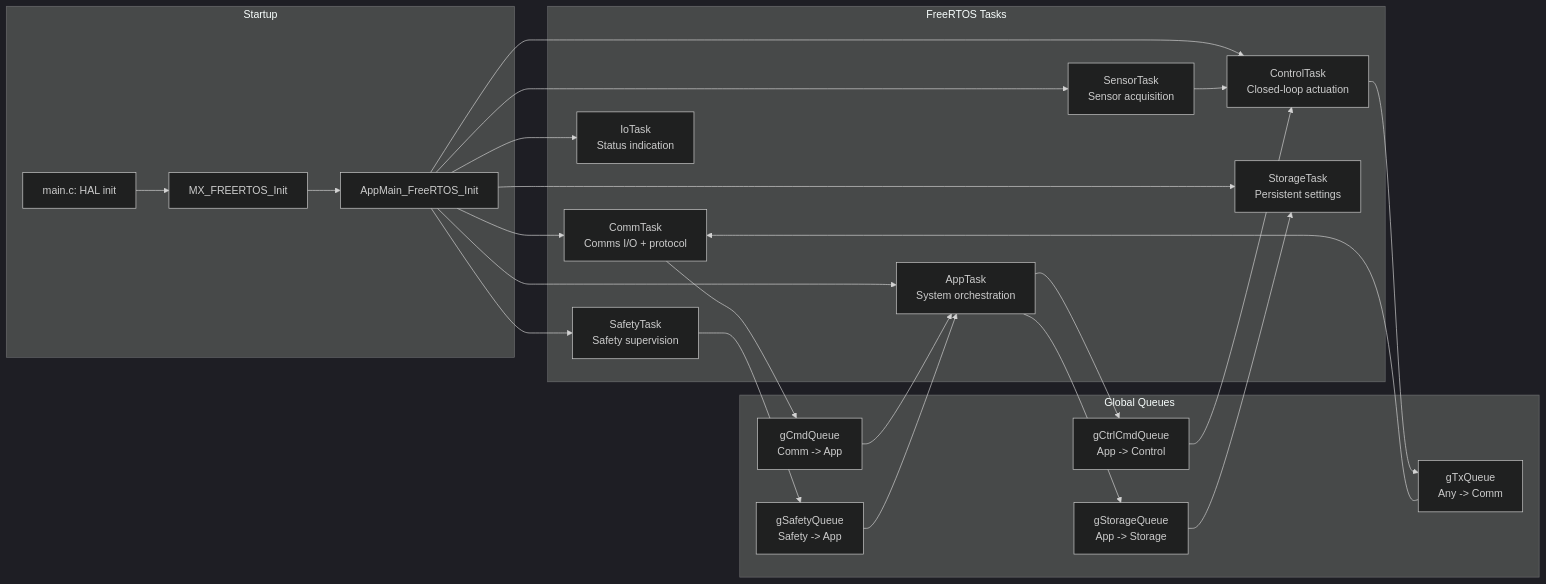
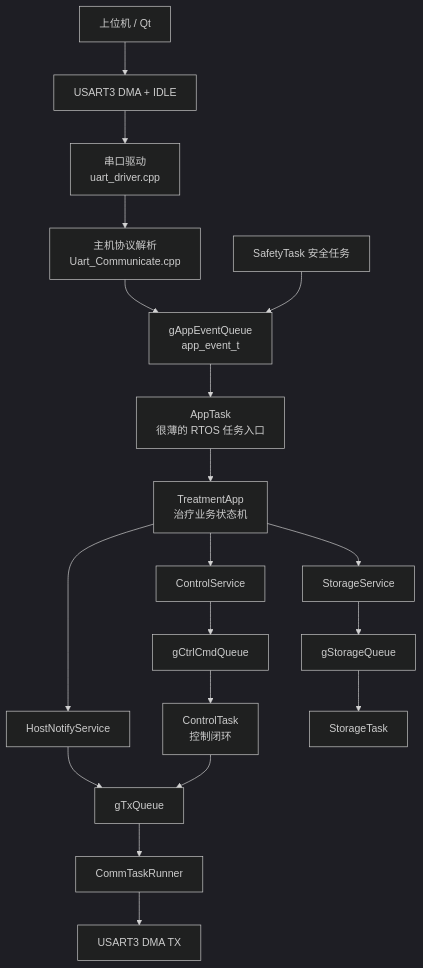
One commit to zq9278/9C-U-TPS_Slave changed the diagram in documents/program_architecture.md. Above: the diagram before and after it, drawn with Mermaid (dark theme). The commit also changed other lines of this file and 27 other files, not shown here.

First line of the commit message:
feat: Implement UART communication and protocol handling

````diff
--- a/documents/program_architecture.md
+++ b/documents/program_architecture.md
@@ -8,40 +26,26 @@
 ```mermaid
-flowchart LR
-  subgraph Init[Startup]
-    main[main.c: HAL init] --> freertos[MX_FREERTOS_Init]
-    freertos --> appinit[AppMain_FreeRTOS_Init]
-  end
+flowchart TD
+  Host[上位机 / Qt] --> UART3[USART3 DMA + IDLE]
+  UART3 --> UartDriver[串口驱动<br/>uart_driver.cpp]
+  UartDriver --> HostProtocol[主机协议解析<br/>Uart_Communicate.cpp]
+  HostProtocol --> AppEventQ[gAppEventQueue<br/>app_event_t]
+  SafetyTask[SafetyTask 安全任务] --> AppEventQ
 
-  subgraph Queues[Global Queues]
-    qCmd[gCmdQueue<br/>Comm -> App]
-    qCtrl[gCtrlCmdQueue<br/>App -> Control]
-    qTx[gTxQueue<br/>Any -> Comm]
-    qSafe[gSafetyQueue<br/>Safety -> App]
-    qStore[gStorageQueue<br/>App -> Storage]
-  end
+  AppEventQ --> AppTask[AppTask<br/>很薄的 RTOS 任务入口]
+  AppTask --> TreatmentApp[TreatmentApp<br/>治疗业务状态机]
 
-  subgraph Tasks[FreeRTOS Tasks]
-    Comm[CommTask<br/>Comms I/O + protocol]
-    App[AppTask<br/>System orchestration]
-    Ctrl[ControlTask<br/>Closed-loop actuation]
-    Sensor[SensorTask<br/>Sensor acquisition]
-    Safe[SafetyTask<br/>Safety supervision]
-    Store[StorageTask<br/>Persistent settings]
-    IO[IoTask<br/>Status indication]
-  end
+  TreatmentApp --> ControlService[ControlService]
+  TreatmentApp --> StorageService[StorageService]
+  TreatmentApp --> HostNotifyService[HostNotifyService]
 
-  appinit --> Comm
-  appinit --> App
-  appinit --> Ctrl
-  appinit --> Sensor
-  appinit --> Safe
-  appinit --> Store
-  appinit --> IO
+  ControlService --> CtrlQ[gCtrlCmdQueue]
+  CtrlQ --> ControlTask[ControlTask<br/>控制闭环]
 
-  Comm --> qCmd --> App
-  App --> qCtrl --> Ctrl
-  Ctrl --> qTx --> Comm
-  Sensor --> Ctrl
-  Safe --> qSafe --> App
-  App --> qStore --> Store
+  StorageService --> StoreQ[gStorageQueue]
+  StoreQ --> StorageTask[StorageTask]
+
+  HostNotifyService --> TxQ[gTxQueue]
+  ControlTask --> TxQ
+  TxQ --> CommTask[CommTaskRunner]
+  CommTask --> UART3TX[USART3 DMA TX]
 ```
````
